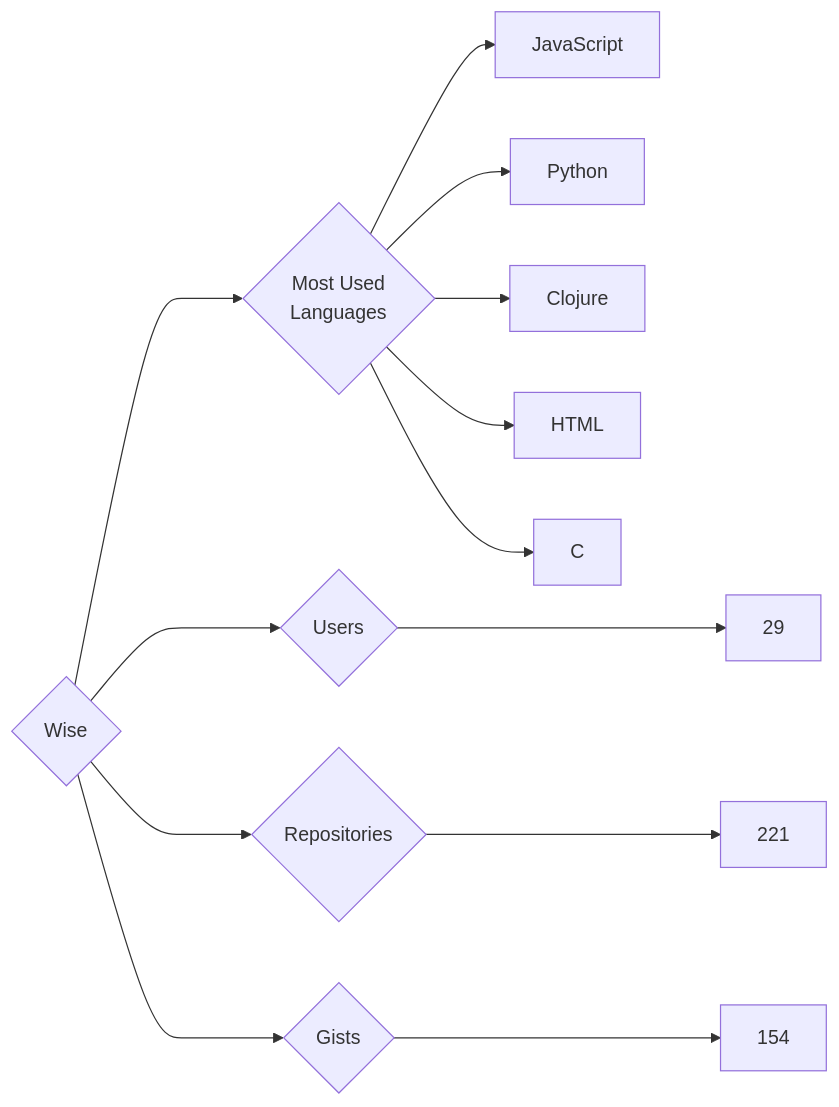
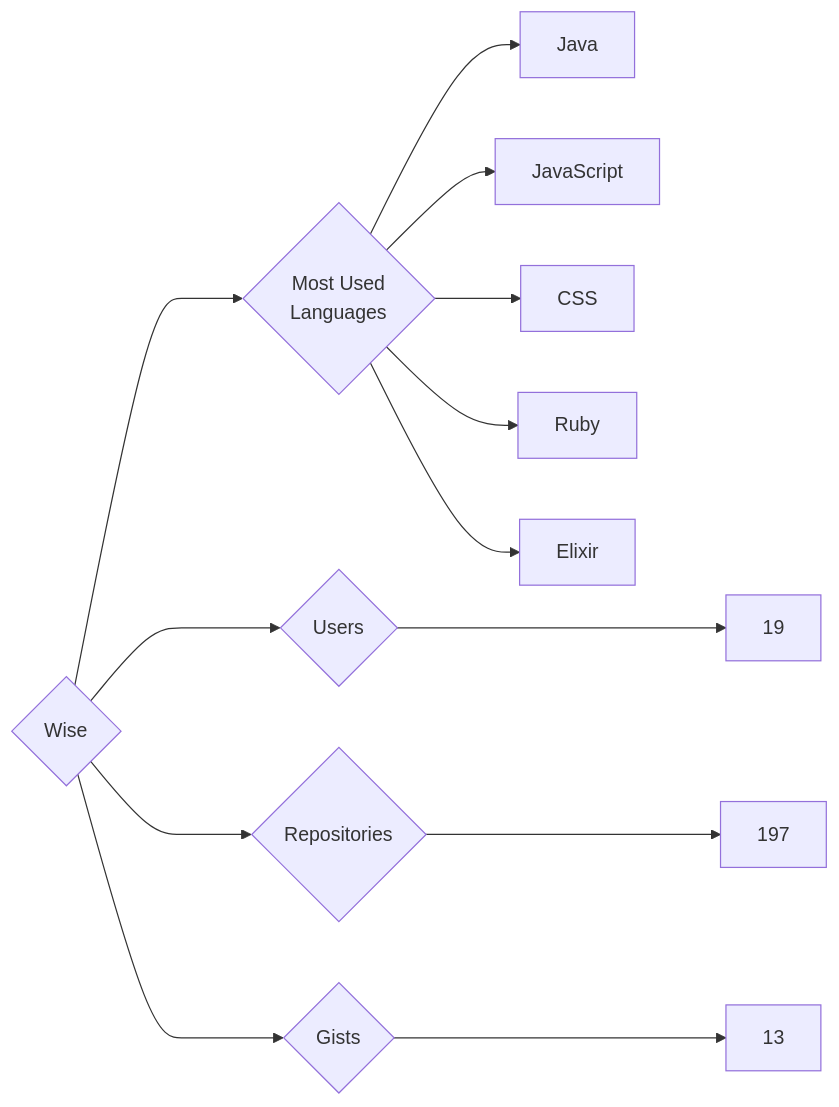
The diagram in targets/Wise/README.md (trickest/insiders), drawn with Mermaid before and after one commit. The commit also changed 695 other files, not shown here.

````diff
--- a/targets/Wise/README.md
+++ b/targets/Wise/README.md
@@ -3,13 +3,13 @@
 ```mermaid
 graph LR
 COMPANY_NAME{Wise}
-COMPANY_NAME ---> U{Users} ---> UN[29]
-COMPANY_NAME ---> R{Repositories} ---> RN[221]
-COMPANY_NAME ---> G{Gists} ---> GN[154]
+COMPANY_NAME ---> U{Users} ---> UN[19]
+COMPANY_NAME ---> R{Repositories} ---> RN[197]
+COMPANY_NAME ---> G{Gists} ---> GN[13]
 COMPANY_NAME ---> ML{Most Used<br>Languages}
+ML --> Java[Java]
 ML --> JavaScript[JavaScript]
-ML --> Python[Python]
-ML --> Clojure[Clojure]
-ML --> HTML[HTML]
-ML --> C[C]
+ML --> CSS[CSS]
+ML --> Ruby[Ruby]
+ML --> Elixir[Elixir]
 ```
````
